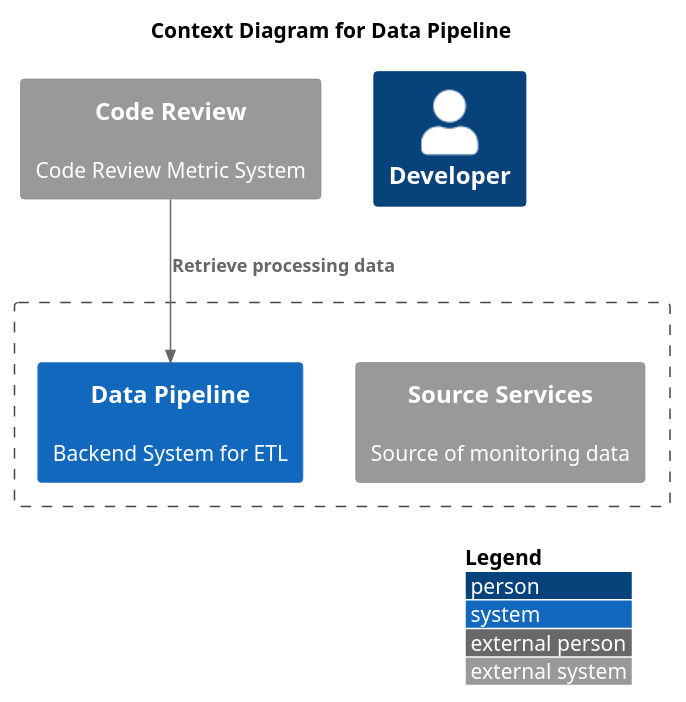
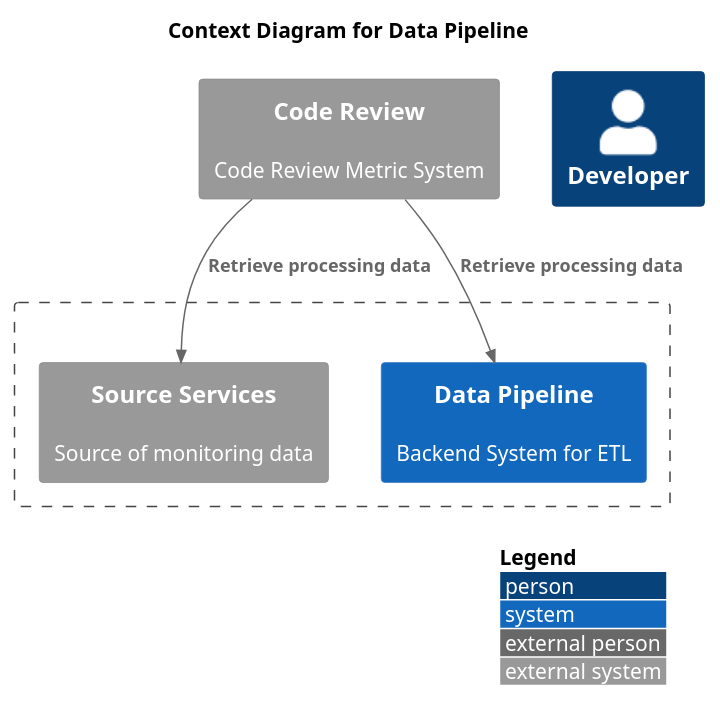
Before and after one commit to yanghoon/obsidian-workspace: the diagram in _diary/2024-06-19.md, drawn with PlantUML.

Commit message:
vault backup: 2024-06-19 22:27:23

````diff
--- a/_diary/2024-06-19.md
+++ b/_diary/2024-06-19.md
@@ -3,16 +3,17 @@
 ```plantuml
 !include <C4/C4_Context.puml>
 
 LAYOUT_WITH_LEGEND()
 
 title Context Diagram for Data Pipeline
 
 System_Ext(review, "Code Review", "Code Review Metric System")
 Boundary(system, "") {
 	System_Ext(service, "Source Services", "Source of monitoring data")
 	System(app, "Data Pipeline", "Backend System for ETL")
 }
 Person(developer, "Developer", "")
 
 Rel(review, app, "Retrieve processing data")
+Rel(review, service, "Retrieve processing data")
 ```
````
